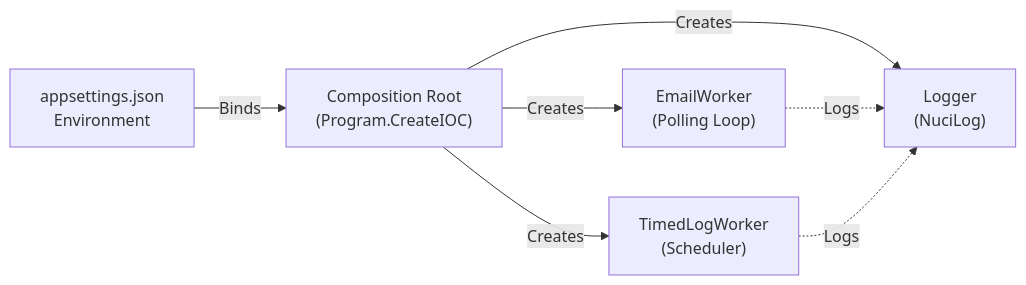
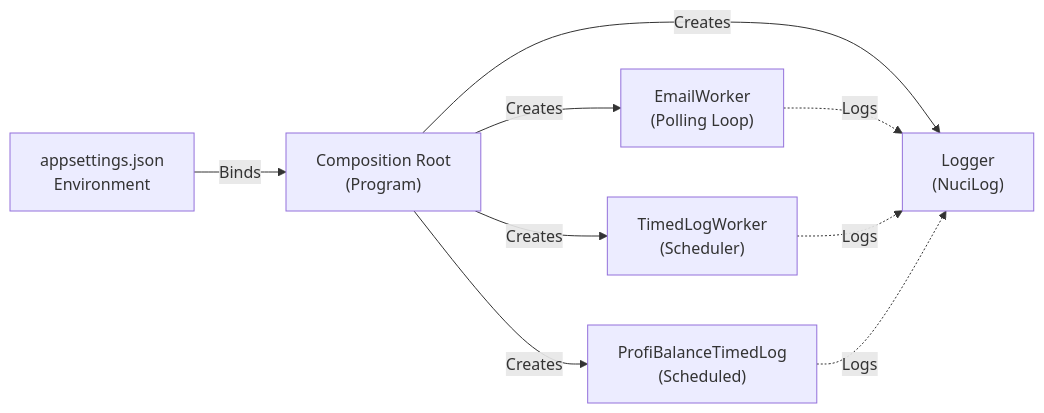
One commit to hmlendea/personal-data-logger changed the second of 5 diagrams in ARCHITECTURE.md. Above: the diagram before and after it, drawn with Mermaid. The commit also changed other lines of this file and 8 other files, not shown here.

````diff
--- a/ARCHITECTURE.md
+++ b/ARCHITECTURE.md
@@ -53,15 +53,18 @@
 ```mermaid
 graph LR
     Config["appsettings.json<br/>Environment"]
-    IOC["Composition Root<br/>(Program.CreateIOC)"]
+    IOC["Composition Root<br/>(Program)"]
     EmailW["EmailWorker<br/>(Polling Loop)"]
     TimedW["TimedLogWorker<br/>(Scheduler)"]
+    ProfiLog["ProfiBalanceTimedLog<br/>(Scheduled)"]
     Logger["Logger<br/>(NuciLog)"]
-    
+
     Config -->|Binds| IOC
     IOC -->|Creates| EmailW
     IOC -->|Creates| TimedW
+    IOC -->|Creates| ProfiLog
     IOC -->|Creates| Logger
     EmailW -.->|Logs| Logger
     TimedW -.->|Logs| Logger
+    ProfiLog -.->|Logs| Logger
 ```
````
